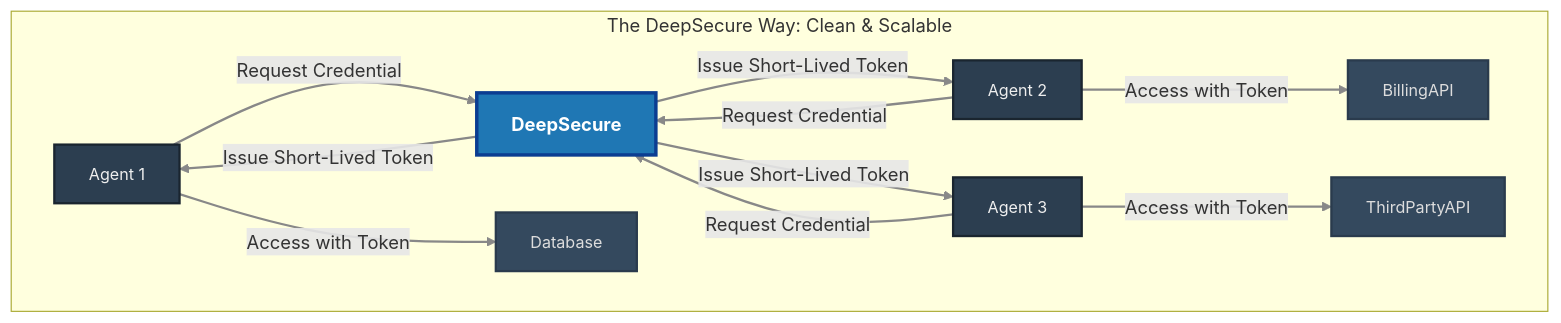
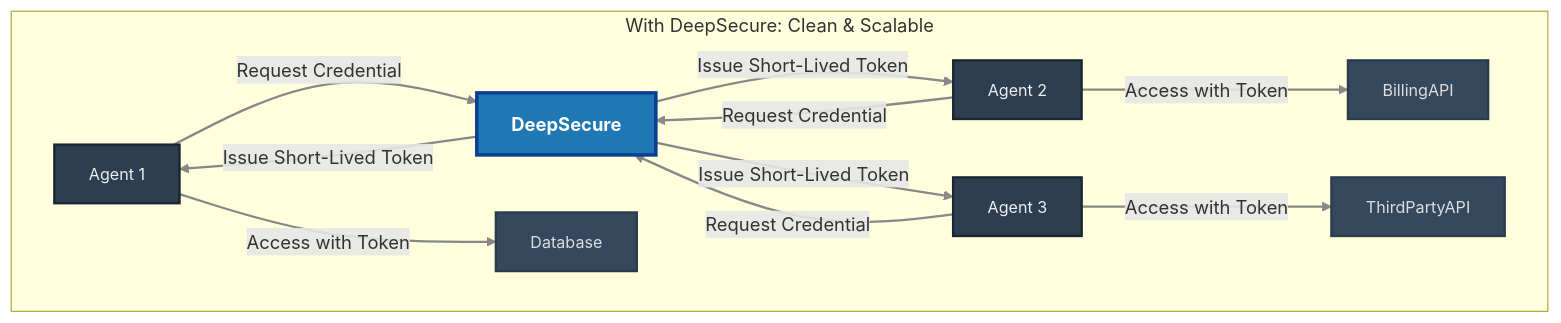
The second of 3 diagrams in README.md (DeepTrail/deepsecure), drawn with Mermaid before and after one commit. The commit also changed other lines of this file, not shown here.

````diff
--- a/README.md
+++ b/README.md
@@ -191,36 +195,36 @@
 ```mermaid
 graph TD
     classDef deepsecureNode fill:#1f77b4,stroke:#0b3d91,color:#fff,stroke-width:3px,font-weight:bold,font-size:16px;
     classDef agentNode fill:#2c3e50,stroke:#1a252f,color:#eee,stroke-width:2px,font-size:14px;
     classDef apiNode fill:#34495e,stroke:#2a3b4d,color:#ddd,stroke-width:2px,font-size:14px;
 
-    subgraph "The DeepSecure Way: Clean & Scalable"
+    subgraph "With DeepSecure: Clean & Scalable"
         Agent1["Agent 1"]
         Agent2["Agent 2"]
         Agent3["Agent 3"]
 
         DeepSecure["DeepSecure"]
 
         Database["Database"]
         BillingAPI["BillingAPI"]
         ThirdPartyAPI["ThirdPartyAPI"]
 
         Agent1 -->|"Request Credential"| DeepSecure
         Agent2 -->|"Request Credential"| DeepSecure
         Agent3 -->|"Request Credential"| DeepSecure
 
         DeepSecure -->|"Issue Short-Lived Token"| Agent1
         DeepSecure -->|"Issue Short-Lived Token"| Agent2
         DeepSecure -->|"Issue Short-Lived Token"| Agent3
 
         Agent1 -->|"Access with Token"| Database
         Agent2 -->|"Access with Token"| BillingAPI
         Agent3 -->|"Access with Token"| ThirdPartyAPI
 
         class DeepSecure deepsecureNode;
         class Agent1,Agent2,Agent3 agentNode;
         class Database,BillingAPI,ThirdPartyAPI apiNode;
     end
 
     linkStyle default stroke:#888,stroke-width:2px;
 ```
````
